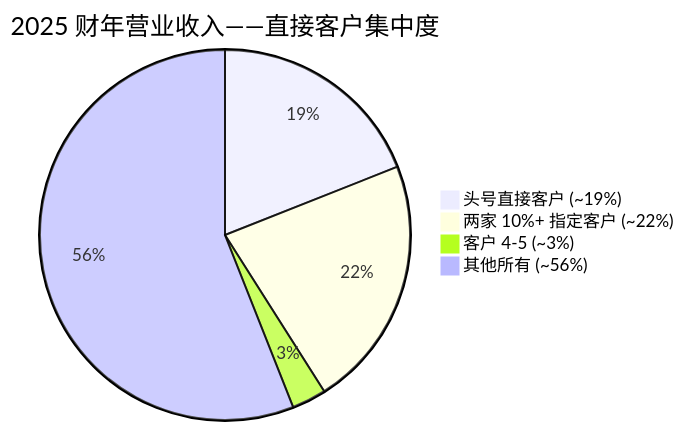
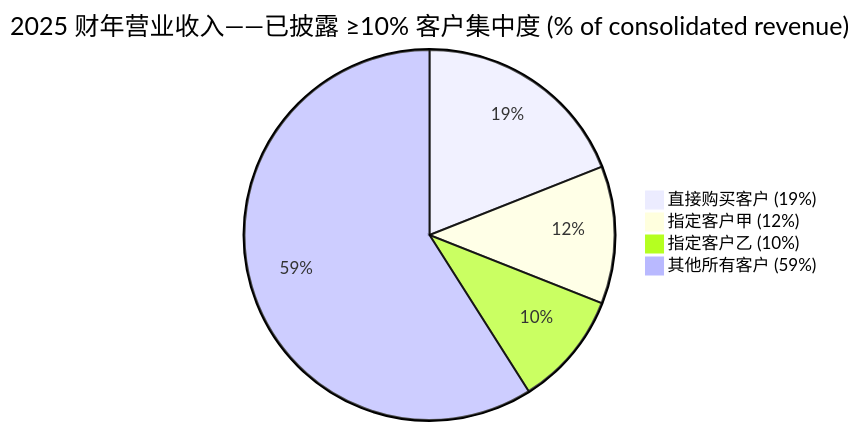
One commit to dadachundan/financial_agent changed the third of 6 diagrams in reports/company/Teradyne_NASDAQ_TER/Teradyne_NASDAQ_TER_公司研究.md. Above: the diagram before and after it, drawn with Mermaid. The commit also changed other lines of this file and 9 other files, not shown here.

Commit message:
feat(company-research): refresh Teradyne (TER) — decision layer + full chart suite; fix fabricated 10-K filename

````diff
--- a/reports/company/Teradyne_NASDAQ_TER/Teradyne_NASDAQ_TER_公司研究.md
+++ b/reports/company/Teradyne_NASDAQ_TER/Teradyne_NASDAQ_TER_公司研究.md
@@ -252,7 +802,7 @@
 ```mermaid
-pie title 2025 财年营业收入——直接客户集中度
-    "头号直接客户 (~19%)" : 19
-    "两家 10%+ 指定客户 (~22%)" : 22
-    "客户 4-5 (~3%)" : 3
-    "其他所有 (~56%)" : 56
+pie title 2025 财年营业收入——已披露 ≥10% 客户集中度 (% of consolidated revenue)
+    "直接购买客户 (19%)" : 19
+    "指定客户甲 (12%)" : 12
+    "指定客户乙 (10%)" : 10
+    "其他所有客户 (59%)" : 59
 ```
````
